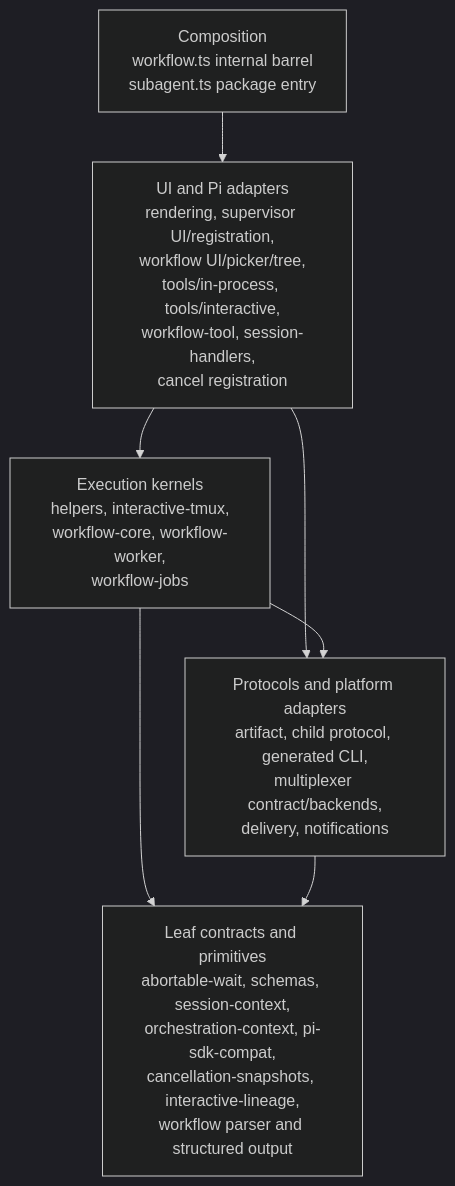
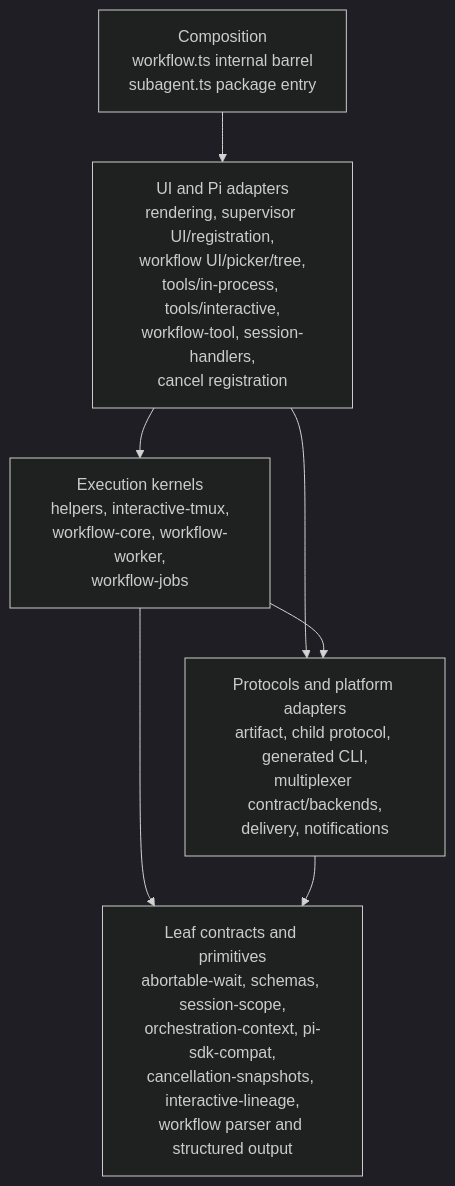
Before and after one commit to avi2d/pi-subagentura: the second of 9 diagrams in architecture.md, drawn with Mermaid (dark theme). The commit also changed other lines of this file, not shown here.

Commit message:
docs: align architecture with session scopes

````diff
--- a/architecture.md
+++ b/architecture.md
@@ -187,36 +186,36 @@
 ```mermaid
 flowchart TB
   L0[Leaf contracts and primitives
-abortable-wait, schemas, session-context,
+abortable-wait, schemas, session-scope,
 orchestration-context, pi-sdk-compat,
 cancellation-snapshots, interactive-lineage,
 workflow parser and structured output]
 
   L1[Protocols and platform adapters
 artifact, child protocol, generated CLI,
 multiplexer contract/backends,
 delivery, notifications]
 
   L2[Execution kernels
 helpers, interactive-tmux,
 workflow-core, workflow-worker,
 workflow-jobs]
 
   L3[UI and Pi adapters
 rendering, supervisor UI/registration,
 workflow UI/picker/tree,
 tools/in-process, tools/interactive,
 workflow-tool, session-handlers,
 cancel registration]
 
   L4[Composition
 workflow.ts internal barrel
 subagent.ts package entry]
 
   L4 --> L3
   L3 --> L2
   L3 --> L1
   L2 --> L1
   L2 --> L0
   L1 --> L0
 ```
````
